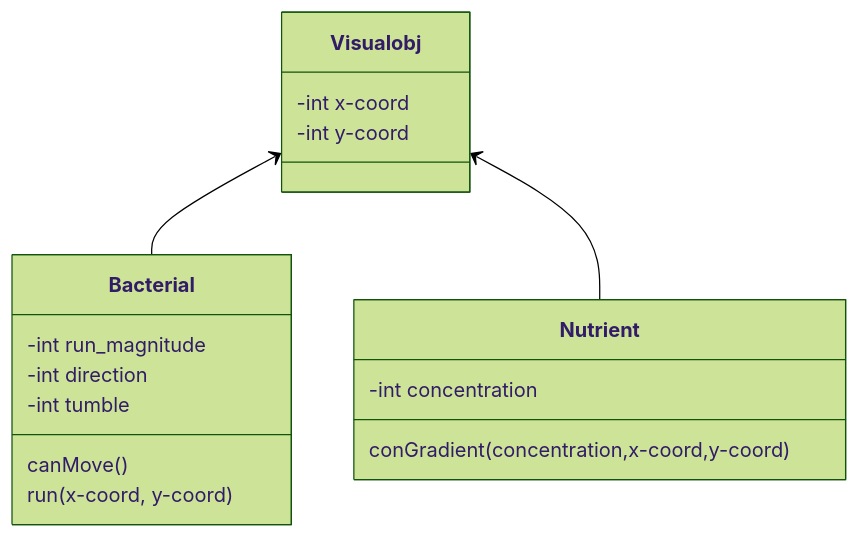
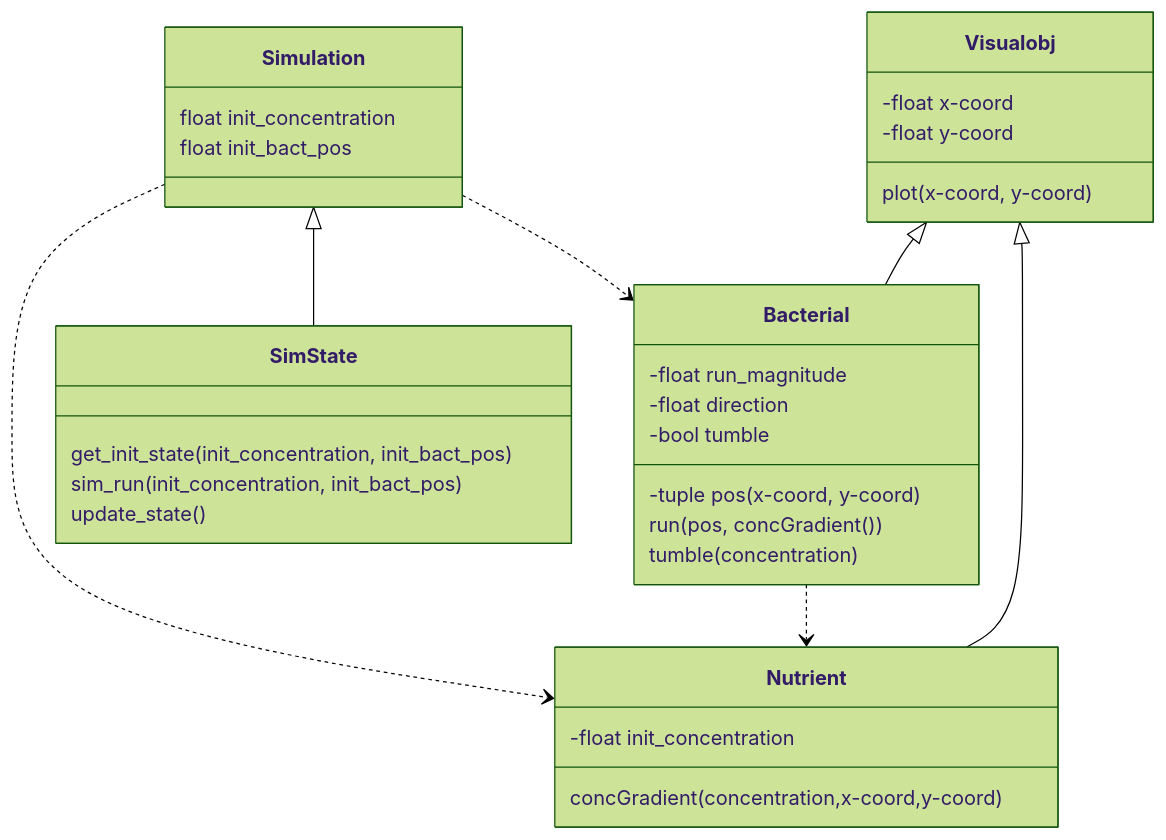
The diagram in learners/karnair/class_diagram.md (programming-formalisms/programming_formalisms_project_summer_2024), drawn with Mermaid (forest theme) before and after one commit.

Commit message:
Add simulation class

````diff
--- a/learners/karnair/class_diagram.md
+++ b/learners/karnair/class_diagram.md
@@ -1,21 +1,42 @@
 ```mermaid
 classDiagram
-    Visualobj <-- Bacterial
-    Visualobj <-- Nutrient
-    Visualobj: -int x-coord
-    Visualobj: -int y-coord
-    
+    Visualobj <|-- Bacterial
+    Visualobj <|-- Nutrient
+    class Visualobj{ 
+        -float x-coord
+        -float y-coord
+        plot(x-coord, y-coord)
+        }
+
 class Bacterial{ 
-    -int run_magnitude
-    -int direction
-    -int tumble
-    canMove()
-    run(x-coord, y-coord)
+    -float run_magnitude
+    -float direction
+    -tuple pos(x-coord, y-coord)
+    -bool tumble
+    run(pos, concGradient())
+    tumble(concentration)
     }
 
 class Nutrient{
-    -int concentration
-    conGradient(concentration,x-coord,y-coord)
+    -float init_concentration
+    concGradient(concentration,x-coord,y-coord)
     }
 
+Bacterial ..> Nutrient
+
+class Simulation{
+    float init_concentration
+    float init_bact_pos
+    
+}
+
+class SimState{
+    get_init_state(init_concentration, init_bact_pos)
+    sim_run(init_concentration, init_bact_pos)
+    update_state()
+}
+
+Simulation <|-- SimState
+Simulation ..> Bacterial
+Simulation ..> Nutrient
 ```
````
